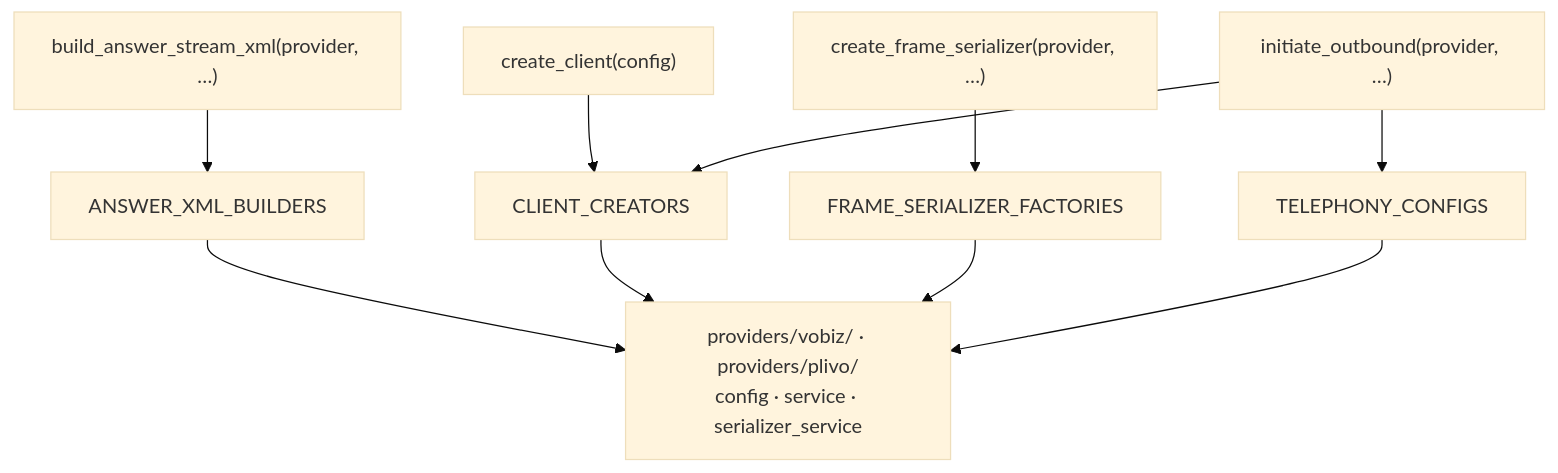
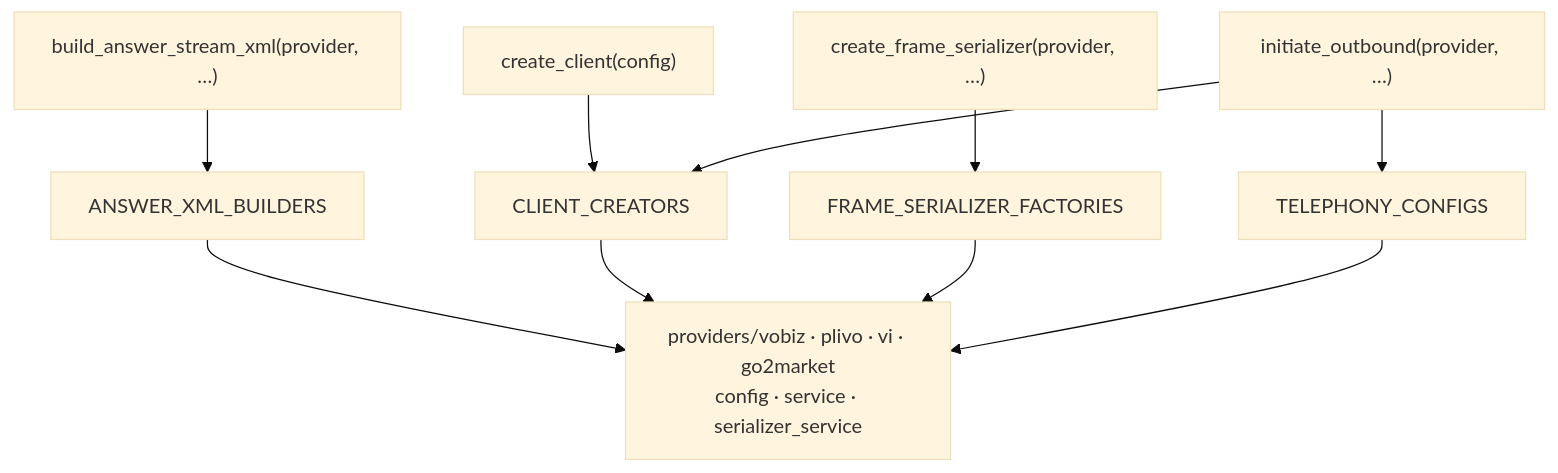
One commit to COSS-India/VoicEra changed the second of 2 diagrams in docs/guides/concepts/telephony-model.md. Above: the diagram before and after it, drawn with Mermaid (base theme). The commit also changed other lines of this file and 20 other files, not shown here.

````diff
--- a/docs/guides/concepts/telephony-model.md
+++ b/docs/guides/concepts/telephony-model.md
@@ -135,25 +153,25 @@
 ```mermaid
 flowchart TB
   X["build_answer_stream_xml(provider, …)"]
   CC["create_client(config)"]
   FS["create_frame_serializer(provider, …)"]
   IO["initiate_outbound(provider, …)"]
 
   RX["ANSWER_XML_BUILDERS"]
   RC["CLIENT_CREATORS"]
   RF["FRAME_SERIALIZER_FACTORIES"]
   RT["TELEPHONY_CONFIGS"]
 
-  V["providers/vobiz/ · providers/plivo/<br/>config · service · serializer_service"]
+  V["providers/vobiz · plivo · vi · go2market<br/>config · service · serializer_service"]
 
   X --> RX
   CC --> RC
   FS --> RF
   IO --> RT
   IO --> RC
 
   RX --> V
   RC --> V
   RF --> V
   RT --> V
 ```
````
